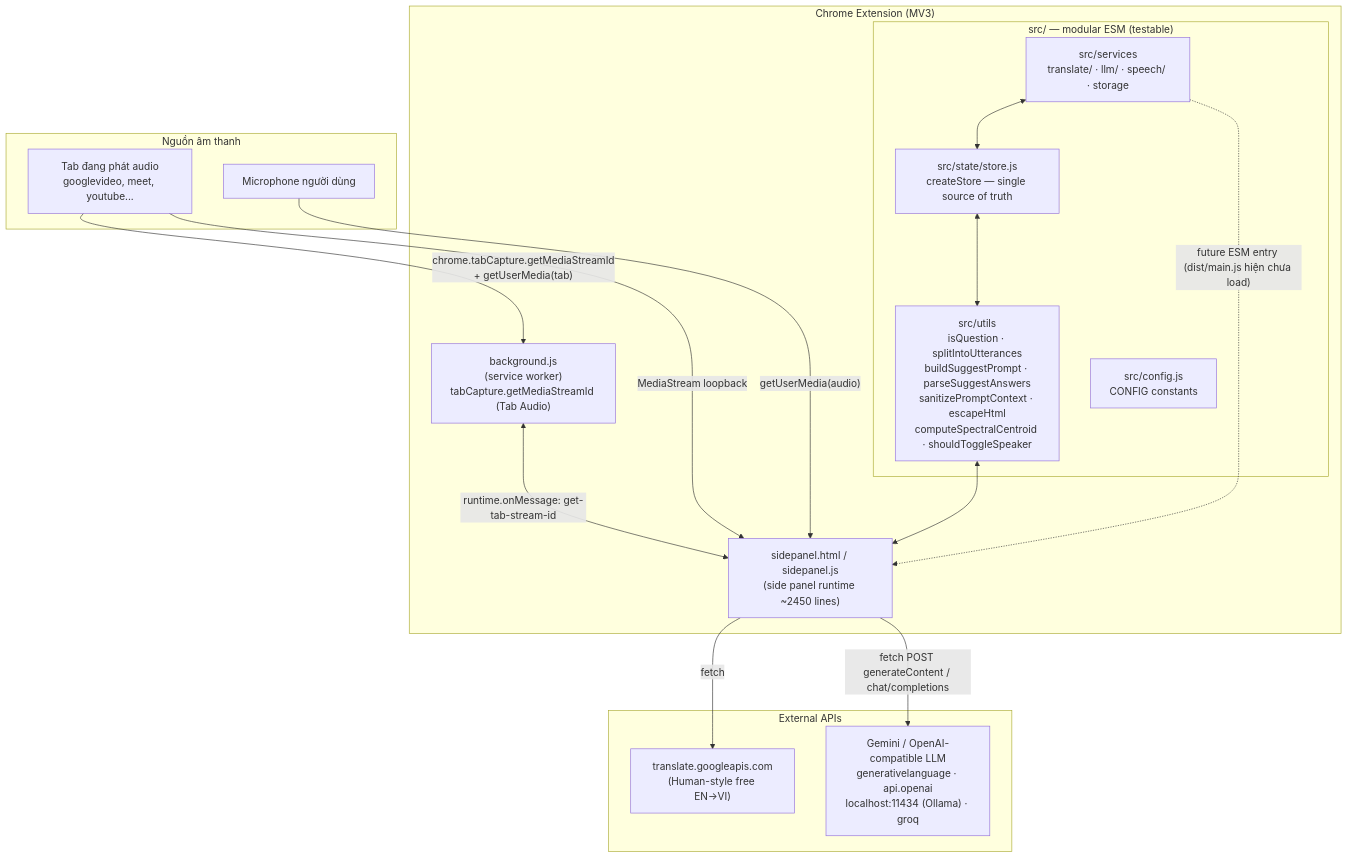
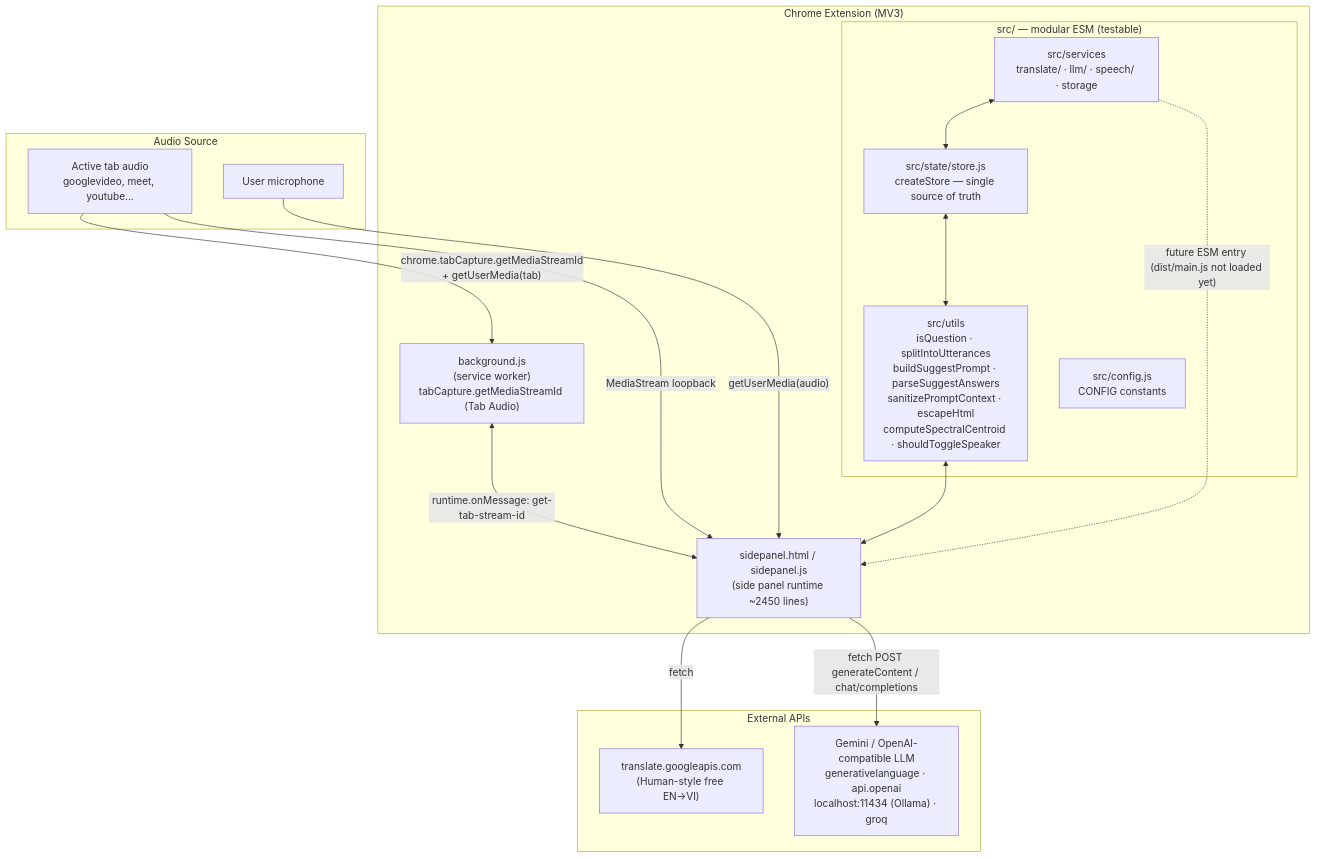
Before and after one commit to nbhson/app-live-translate-extension: the first of 9 diagrams in README.md, drawn with Mermaid. The commit also changed other lines of this file, not shown here.

````diff
--- a/README.md
+++ b/README.md
@@ -13,34 +13,34 @@
 ```mermaid
 flowchart TB
     subgraph Extension["Chrome Extension (MV3)"]
         BG["background.js<br/>(service worker)<br/>tabCapture.getMediaStreamId (Tab Audio)"]
         SP["sidepanel.html / sidepanel.js<br/>(side panel runtime ~2450 lines)"]
 
         subgraph Modules["src/ — modular ESM (testable)"]
             UTILS["src/utils<br/>isQuestion · splitIntoUtterances<br/>buildSuggestPrompt · parseSuggestAnswers<br/>sanitizePromptContext · escapeHtml<br/>computeSpectralCentroid · shouldToggleSpeaker"]
             SRV["src/services<br/>translate/ · llm/ · speech/ · storage"]
             STORE["src/state/store.js<br/>createStore — single source of truth"]
             CFG["src/config.js<br/>CONFIG constants"]
         end
     end
 
-    subgraph AudioFeed["Nguồn âm thanh"]
-        TAB["Tab đang phát audio<br/>googlevideo, meet, youtube..."]
-        MIC["Microphone người dùng"]
+    subgraph AudioFeed["Audio Source"]
+        TAB["Active tab audio<br/>googlevideo, meet, youtube..."]
+        MIC["User microphone"]
     end
 
     subgraph External["External APIs"]
         GOOG["translate.googleapis.com<br/>(Human-style free EN→VI)"]
         LLM["Gemini / OpenAI-compatible LLM<br/>generativelanguage · api.openai<br/>localhost:11434 (Ollama) · groq"]
     end
 
     BG <-->|"runtime.onMessage: get-tab-stream-id"| SP
     TAB -->|"chrome.tabCapture.getMediaStreamId<br/>+ getUserMedia(tab)"| BG
     TAB -->|"MediaStream loopback"| SP
     MIC -->|"getUserMedia(audio)"| SP
     SP -->|"fetch"| GOOG
     SP -->|"fetch POST generateContent / chat/completions"| LLM
     UTILS <--> SP
     SRV <--> STORE <--> UTILS
-    SRV -.->|"future ESM entry (dist/main.js hiện chưa load)"| SP
+    SRV -.->|"future ESM entry (dist/main.js not loaded yet)"| SP
 ```
````
